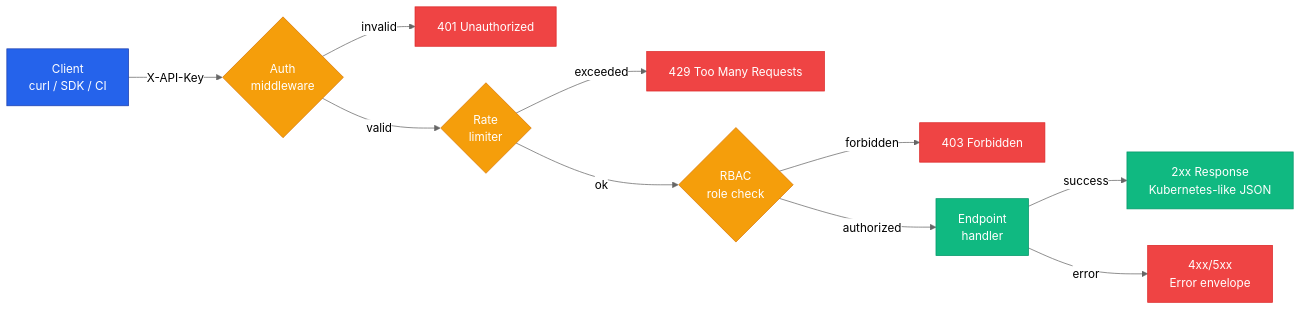
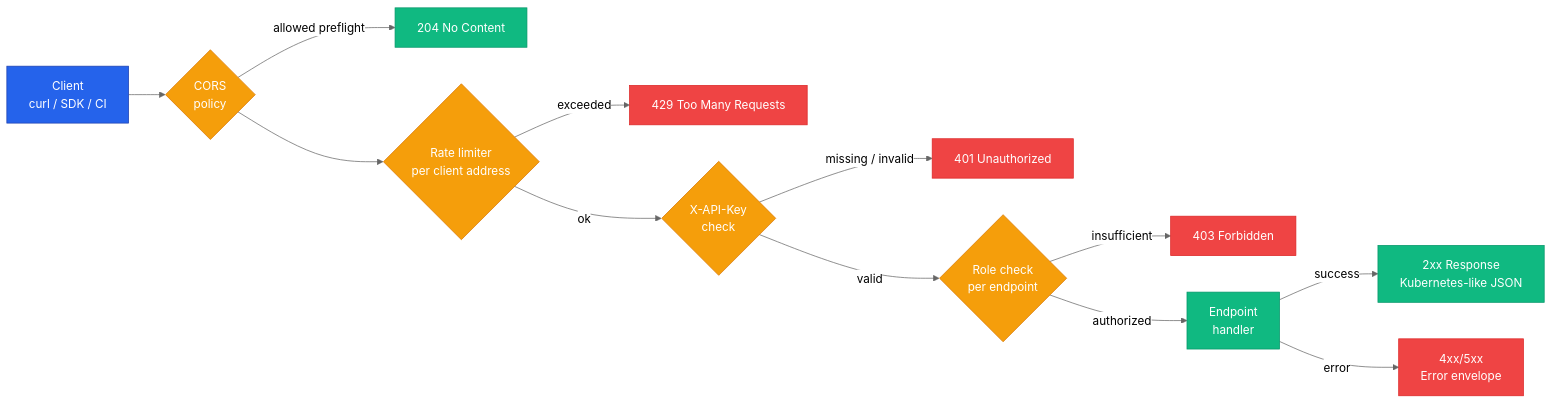
The diagram in reference/api/overview.mdx (diillson/chatcli.ai), drawn with Mermaid (neutral theme) before and after one commit. The commit also changed other lines of this file and 126 other files, not shown here.

````diff
--- a/reference/api/overview.mdx
+++ b/reference/api/overview.mdx
@@ -47,22 +58,24 @@
 ```mermaid
 flowchart LR
-  Client[Client<br/>curl / SDK / CI] -->|X-API-Key| Auth{Auth<br/>middleware}
-  Auth -->|invalid| E401[401 Unauthorized]
-  Auth -->|valid| Rate{Rate<br/>limiter}
+  Client[Client<br/>curl / SDK / CI] --> CORS{CORS<br/>policy}
+  CORS -->|allowed preflight| P204[204 No Content]
+  CORS --> Rate{Rate limiter<br/>per client address}
   Rate -->|exceeded| E429[429 Too Many Requests]
-  Rate -->|ok| RBAC{RBAC<br/>role check}
-  RBAC -->|forbidden| E403[403 Forbidden]
+  Rate -->|ok| Auth{X-API-Key<br/>check}
+  Auth -->|missing / invalid| E401[401 Unauthorized]
+  Auth -->|valid| RBAC{Role check<br/>per endpoint}
+  RBAC -->|insufficient| E403[403 Forbidden]
   RBAC -->|authorized| Handler[Endpoint<br/>handler]
   Handler -->|success| Resp[2xx Response<br/>Kubernetes-like JSON]
   Handler -->|error| Err[4xx/5xx<br/>Error envelope]
 
   classDef ok fill:#10B981,stroke:#059669,color:#fff
   classDef err fill:#EF4444,stroke:#DC2626,color:#fff
   classDef gate fill:#F59E0B,stroke:#D97706,color:#fff
   classDef client fill:#2563EB,stroke:#1E40AF,color:#fff
 
   class Client client
-  class Auth,Rate,RBAC gate
-  class Resp,Handler ok
+  class CORS,Auth,Rate,RBAC gate
+  class Resp,Handler,P204 ok
   class E401,E429,E403,Err err
 ```
````
